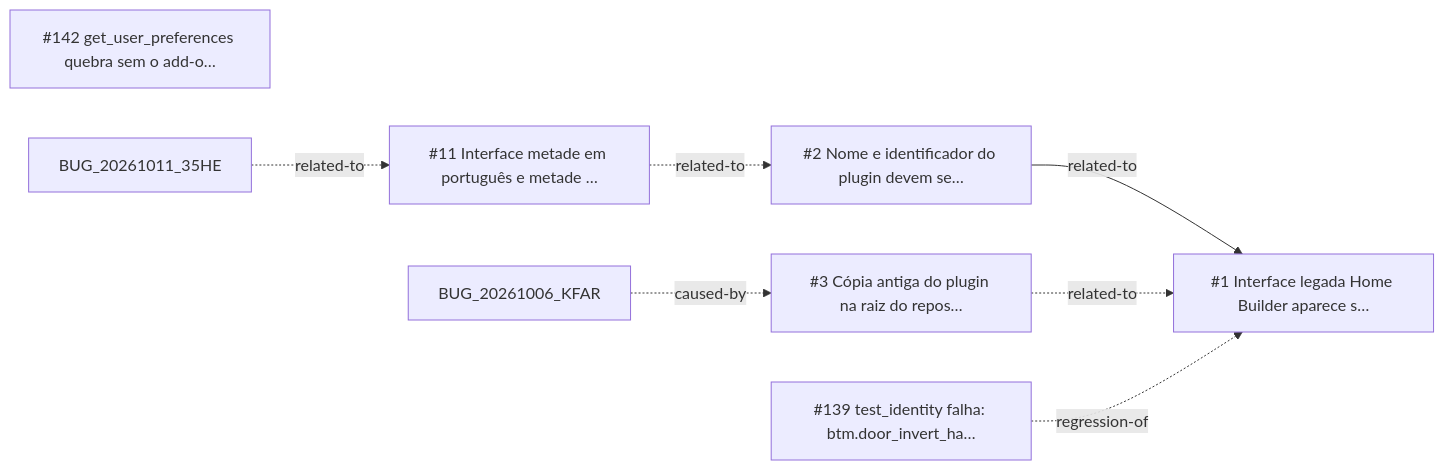
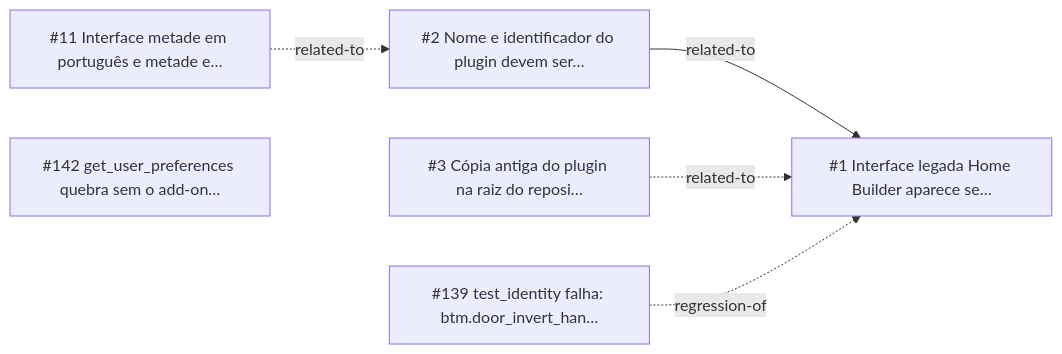
One commit to CAFFDIGITALPLATFORM/caffmob_draw changed the diagram in _reversa_bugs/plugin-caffmob-draw/generated/graph.md. Above: the diagram before and after it, drawn with Mermaid. The commit also changed other lines of this file and 220 other files, not shown here.

````diff
--- a/_reversa_bugs/plugin-caffmob-draw/generated/graph.md
+++ b/_reversa_bugs/plugin-caffmob-draw/generated/graph.md
@@ -5,15 +5,13 @@
 ```mermaid
 graph LR
-  BUG_20261006_NO4Q["#1 Interface legada Home Builder aparece s…"]
-  BUG_20261006_QAVK["#2 Nome e identificador do plugin devem se…"]
-  BUG_20261006_SCVF["#3 Cópia antiga do plugin na raiz do repos…"]
-  BUG_20261007_FLZO["#11 Interface metade em português e metade …"]
-  BUG_20261012_RCOU["#139 test_identity falha: btm.door_invert_ha…"]
-  BUG_20261012_WBKI["#142 get_user_preferences quebra sem o add-o…"]
-  BUG_20261011_35HE -.->|related-to| BUG_20261007_FLZO
-  BUG_20261006_KFAR -.->|caused-by| BUG_20261006_SCVF
+  BUG_20261006_NO4Q["#1 Interface legada Home Builder aparece se…"]
+  BUG_20261006_QAVK["#2 Nome e identificador do plugin devem ser…"]
+  BUG_20261006_SCVF["#3 Cópia antiga do plugin na raiz do reposi…"]
+  BUG_20261007_FLZO["#11 Interface metade em português e metade e…"]
+  BUG_20261012_RCOU["#139 test_identity falha: btm.door_invert_han…"]
+  BUG_20261012_WBKI["#142 get_user_preferences quebra sem o add-on…"]
   BUG_20261006_QAVK -->|related-to| BUG_20261006_NO4Q
   BUG_20261006_SCVF -.->|related-to| BUG_20261006_NO4Q
   BUG_20261007_FLZO -.->|related-to| BUG_20261006_QAVK
   BUG_20261012_RCOU -.->|regression-of| BUG_20261006_NO4Q
 ```
````
